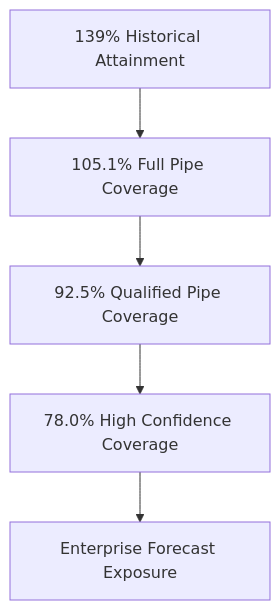
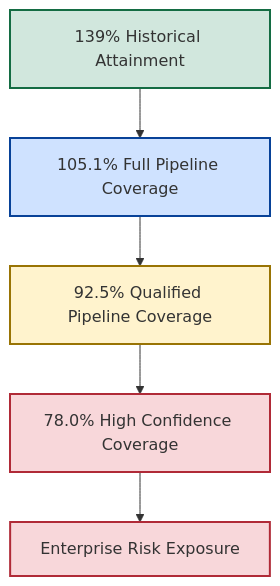
One commit to AwesomeAnil/newbridge-saas-operating-system changed the second of 3 diagrams in README.md. Above: the diagram before and after it, drawn with Mermaid. The commit also changed other lines of this file and 1 other file, not shown here.

````diff
--- a/README.md
+++ b/README.md
@@ -136,13 +145,19 @@
 ```mermaid
 flowchart TD
 
-A[139% Historical Attainment]
+A["139% Historical Attainment"]
 
-A --> B[105.1% Full Pipe Coverage]
+A --> B["105.1% Full Pipeline Coverage"]
 
-B --> C[92.5% Qualified Pipe Coverage]
+B --> C["92.5% Qualified Pipeline Coverage"]
 
-C --> D[78.0% High Confidence Coverage]
+C --> D["78.0% High Confidence Coverage"]
 
-D --> E[Enterprise Forecast Exposure]
+D --> E["Enterprise Risk Exposure"]
+
+style A fill:#d1e7dd,stroke:#146c43,stroke-width:2px
+style B fill:#cfe2ff,stroke:#084298,stroke-width:2px
+style C fill:#fff3cd,stroke:#997404,stroke-width:2px
+style D fill:#f8d7da,stroke:#b02a37,stroke-width:2px
+style E fill:#f8d7da,stroke:#b02a37,stroke-width:2px
 ```
````
